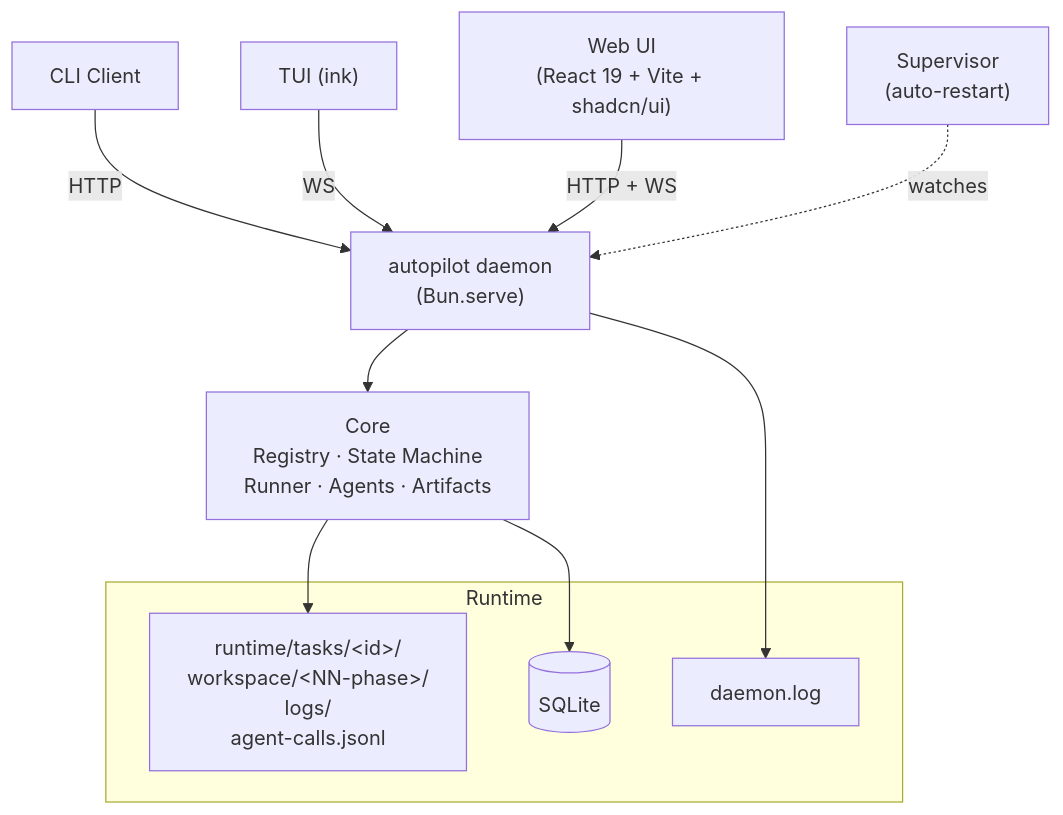
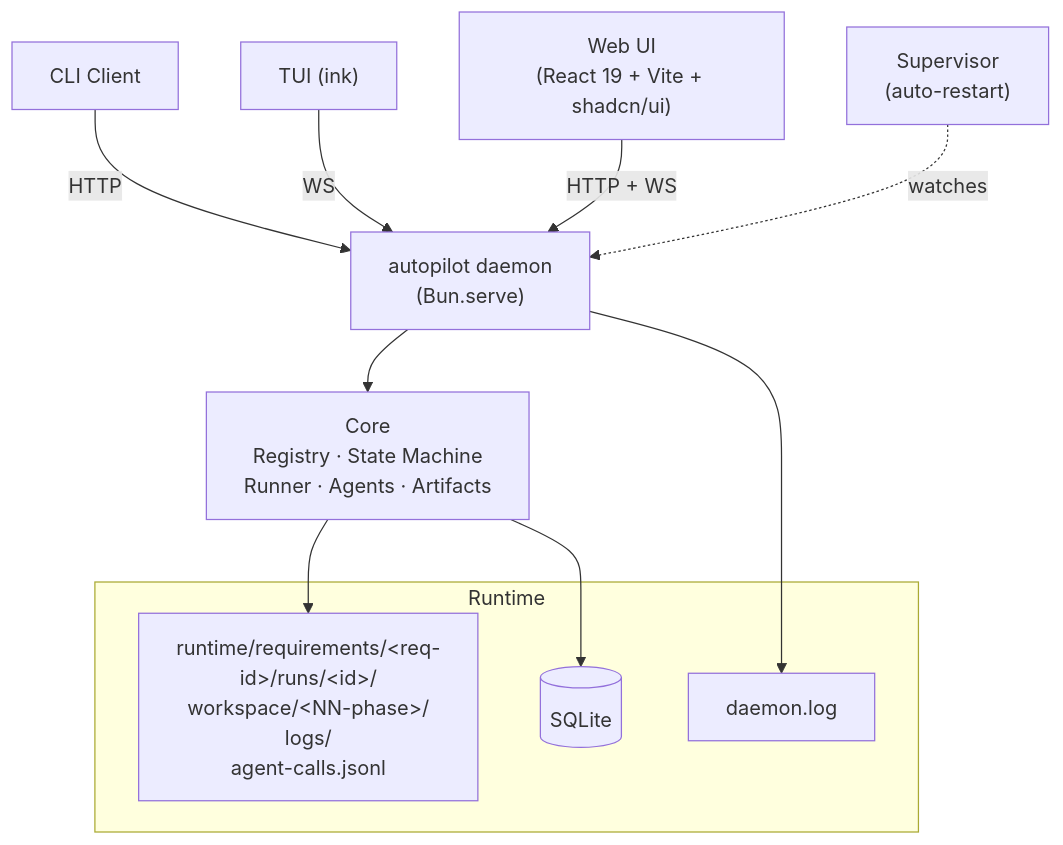
One commit to larrygogo/autopilot changed the diagram in README.en.md. Above: the diagram before and after it, drawn with Mermaid. The commit also changed other lines of this file and 1 other file, not shown here.

````diff
--- a/README.en.md
+++ b/README.en.md
@@ -135,20 +136,20 @@
 ```mermaid
 graph TB
     CLI["CLI Client"] --HTTP--> Daemon
     TUI["TUI (ink)"] --WS--> Daemon
     Web["Web UI<br/>(React 19 + Vite + shadcn/ui)"] --HTTP + WS--> Daemon
 
     Daemon["autopilot daemon<br/>(Bun.serve)"] --> Core
     Core["Core<br/>Registry · State Machine<br/>Runner · Agents · Artifacts"] --> Workspaces
 
     Supervisor["Supervisor<br/>(auto-restart)"] -.watches.-> Daemon
 
     subgraph Runtime
-      Workspaces["runtime/tasks/&lt;id&gt;/<br/>workspace/&lt;NN-phase&gt;/<br/>logs/<br/>agent-calls.jsonl"]
+      Workspaces["runtime/requirements/&lt;req-id&gt;/runs/&lt;id&gt;/<br/>workspace/&lt;NN-phase&gt;/<br/>logs/<br/>agent-calls.jsonl"]
       DB[("SQLite")]
       DaemonLog["daemon.log"]
     end
 
     Core --> DB
     Daemon --> DaemonLog
 ```
````
